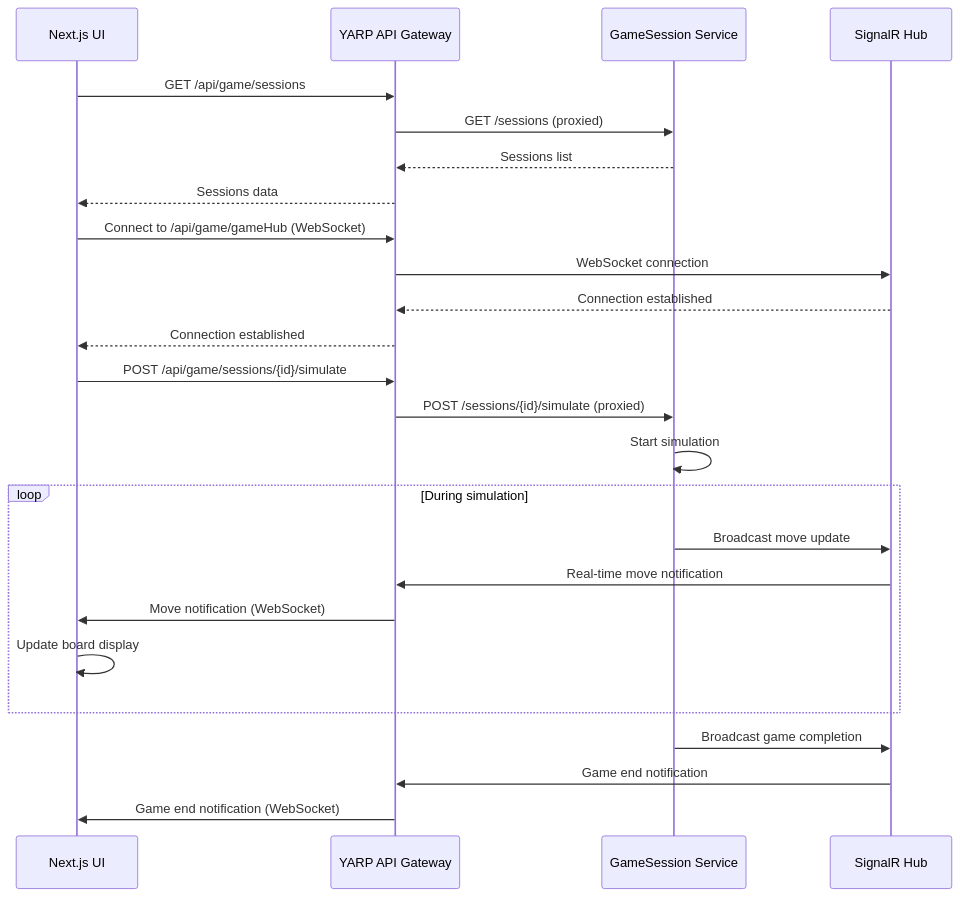
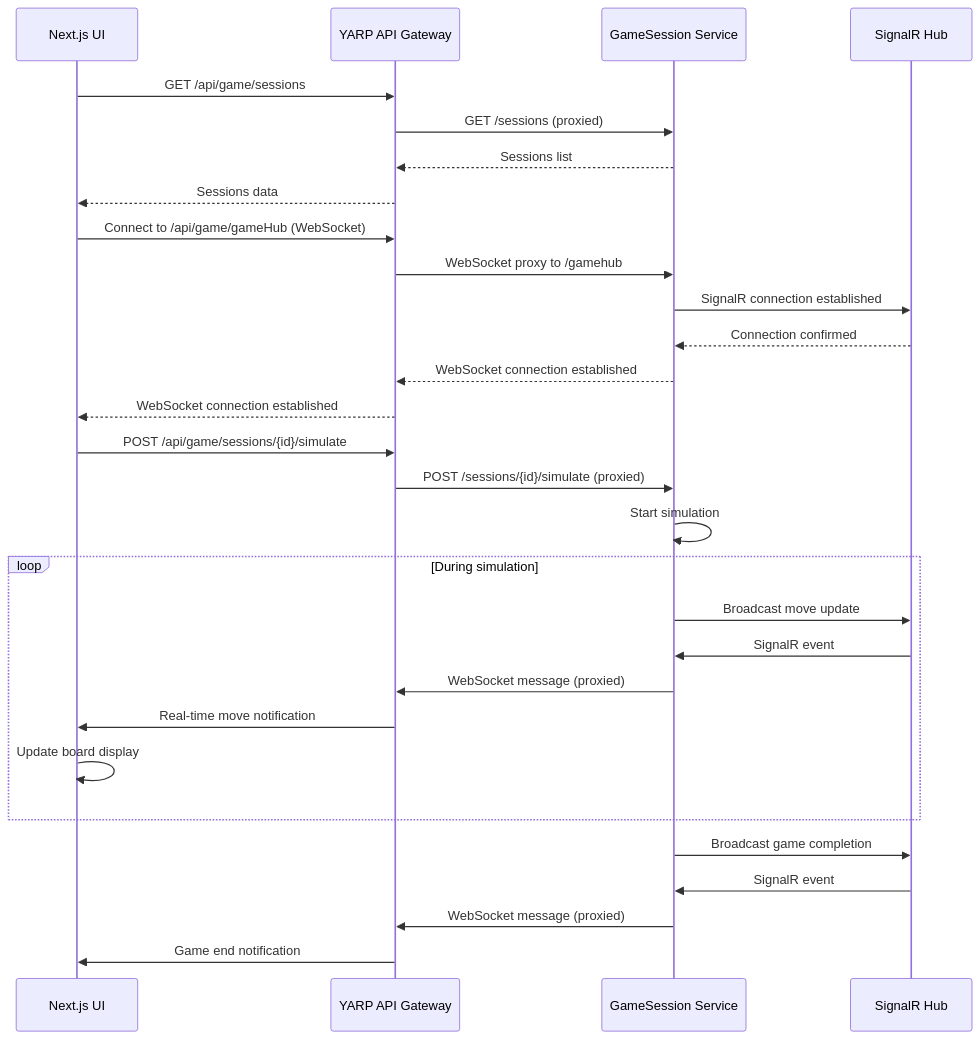
The third of 4 diagrams in README.md (dmitrycx/TicTacToe), drawn with Mermaid before and after one commit.

Commit message:
docs: Update README to reflect changes in WebSocket connection flow and SignalR event handling
- Revised sequence diagram to clarify the interaction between YARP, GS, and SR during WebSocket connections and real-time notifications.
- Enhanced documentation to accurately represent the new architecture and data flow for game sessions and simulations.

````diff
--- a/README.md
+++ b/README.md
@@ -94,32 +94,36 @@
 ```mermaid
 sequenceDiagram
     participant UI as Next.js UI
     participant YARP as YARP API Gateway
     participant GS as GameSession Service
     participant SR as SignalR Hub
     
     UI->>YARP: GET /api/game/sessions
     YARP->>GS: GET /sessions (proxied)
     GS-->>YARP: Sessions list
     YARP-->>UI: Sessions data
     
     UI->>YARP: Connect to /api/game/gameHub (WebSocket)
-    YARP->>SR: WebSocket connection
-    SR-->>YARP: Connection established
-    YARP-->>UI: Connection established
+    YARP->>GS: WebSocket proxy to /gamehub
+    GS->>SR: SignalR connection established
+    SR-->>GS: Connection confirmed
+    GS-->>YARP: WebSocket connection established
+    YARP-->>UI: WebSocket connection established
     
     UI->>YARP: POST /api/game/sessions/{id}/simulate
     YARP->>GS: POST /sessions/{id}/simulate (proxied)
     GS->>GS: Start simulation
     
     loop During simulation
         GS->>SR: Broadcast move update
-        SR->>YARP: Real-time move notification
-        YARP->>UI: Move notification (WebSocket)
+        SR->>GS: SignalR event
+        GS->>YARP: WebSocket message (proxied)
+        YARP->>UI: Real-time move notification
         UI->>UI: Update board display
     end
     
     GS->>SR: Broadcast game completion
-    SR->>YARP: Game end notification
-    YARP->>UI: Game end notification (WebSocket)
+    SR->>GS: SignalR event
+    GS->>YARP: WebSocket message (proxied)
+    YARP->>UI: Game end notification
 ```
````
